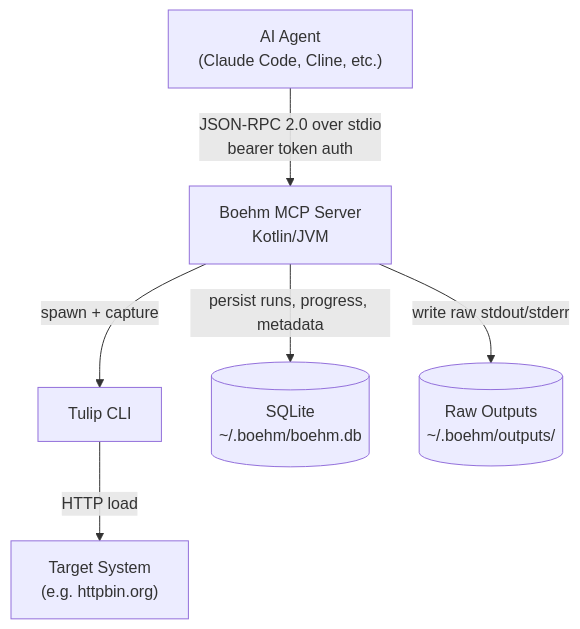
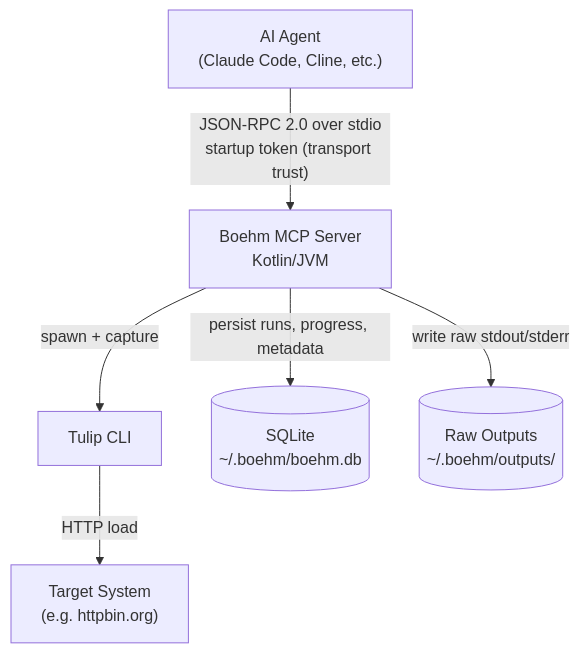
One commit to bmvanwyk/Boehm changed the first of 6 diagrams in docs/architecture.md. Above: the diagram before and after it, drawn with Mermaid. The commit also changed other lines of this file and 2 other files, not shown here.

Commit message:
docs: update architecture/README/AGENTS for 9 tools, cancellation, baselines, startup-token auth

````diff
--- a/docs/architecture.md
+++ b/docs/architecture.md
@@ -18,15 +18,15 @@
 ```mermaid
 graph TB
     Agent["AI Agent<br/>(Claude Code, Cline, etc.)"]
     Boehm["Boehm MCP Server<br/>Kotlin/JVM"]
     Tulip["Tulip CLI"]
     Target["Target System<br/>(e.g. httpbin.org)"]
     SQLite[(SQLite<br/>~/.boehm/boehm.db)]
     OutputDir[(Raw Outputs<br/>~/.boehm/outputs/)]
 
-    Agent -- "JSON-RPC 2.0 over stdio<br/>bearer token auth" --> Boehm
+    Agent -- "JSON-RPC 2.0 over stdio<br/>startup token (transport trust)" --> Boehm
     Boehm -- "spawn + capture" --> Tulip
     Tulip -- "HTTP load" --> Target
     Boehm -- "persist runs, progress, metadata" --> SQLite
     Boehm -- "write raw stdout/stderr" --> OutputDir
 ```
````
